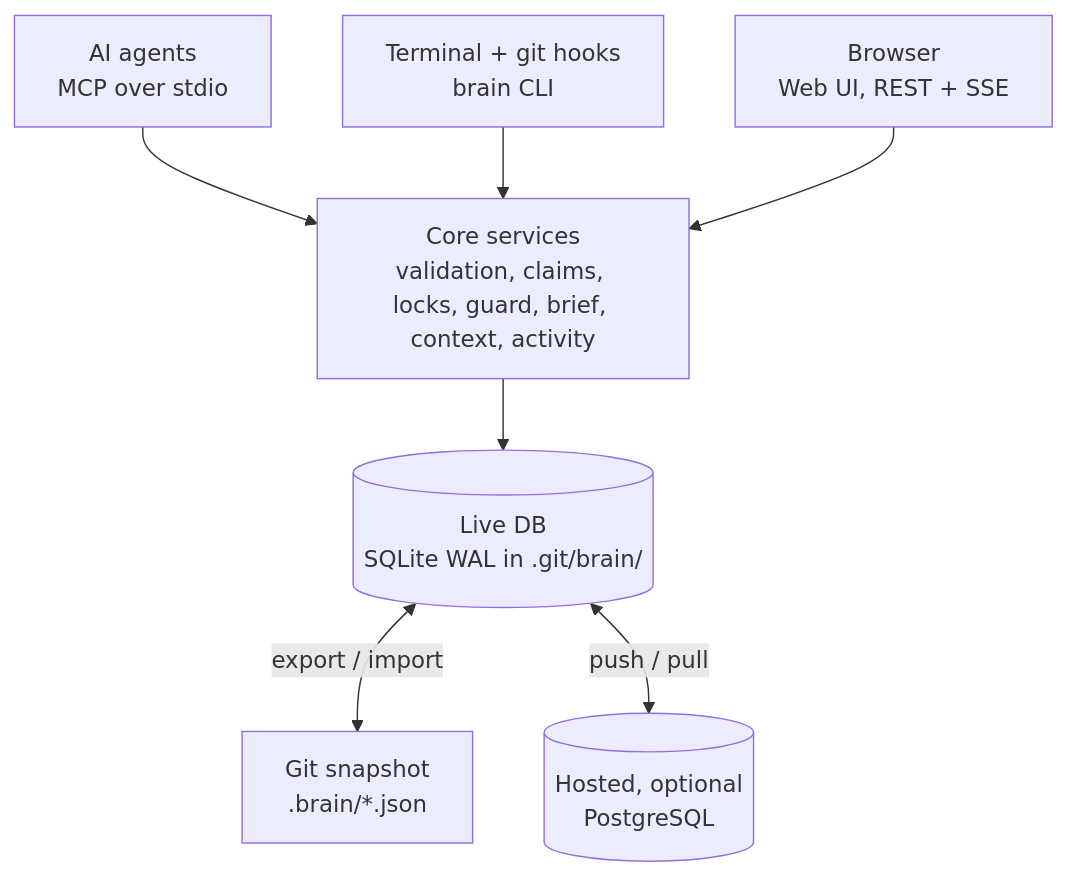
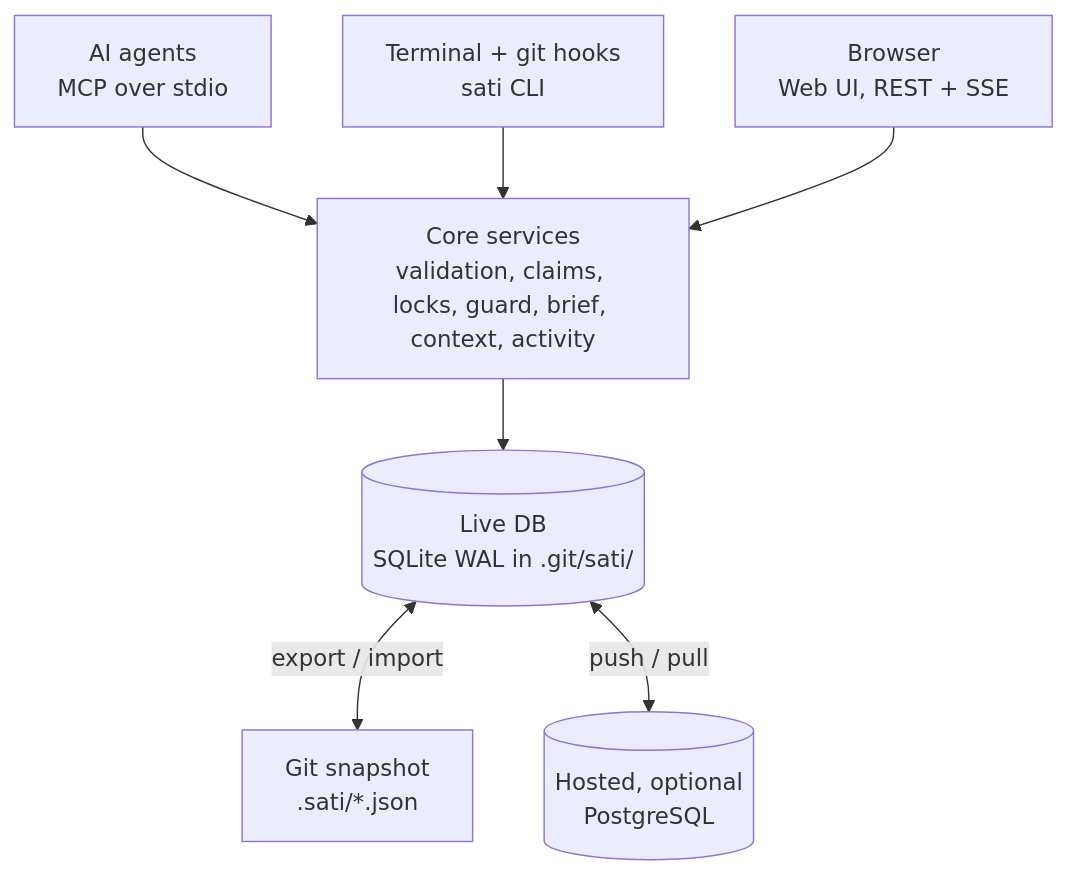
The first of 2 diagrams in PLAN.md (kongpda/sati), drawn with Mermaid before and after one commit. The commit also changed other lines of this file and 82 other files, not shown here.

First line of the commit message:
refactor!: rename the product from brain to sati

````diff
--- a/PLAN.md
+++ b/PLAN.md
@@ -65,10 +65,10 @@
 ```mermaid
 flowchart TB
   A[AI agents<br/>MCP over stdio] --> C
-  T[Terminal + git hooks<br/>brain CLI] --> C
+  T[Terminal + git hooks<br/>sati CLI] --> C
   B[Browser<br/>Web UI, REST + SSE] --> C
   C[Core services<br/>validation, claims, locks, guard, brief, context, activity]
-  C --> L[(Live DB<br/>SQLite WAL in .git/brain/)]
-  L <-->|export / import| S[Git snapshot<br/>.brain/*.json]
+  C --> L[(Live DB<br/>SQLite WAL in .git/sati/)]
+  L <-->|export / import| S[Git snapshot<br/>.sati/*.json]
   L <-->|push / pull| H[(Hosted, optional<br/>PostgreSQL)]
 ```
````
